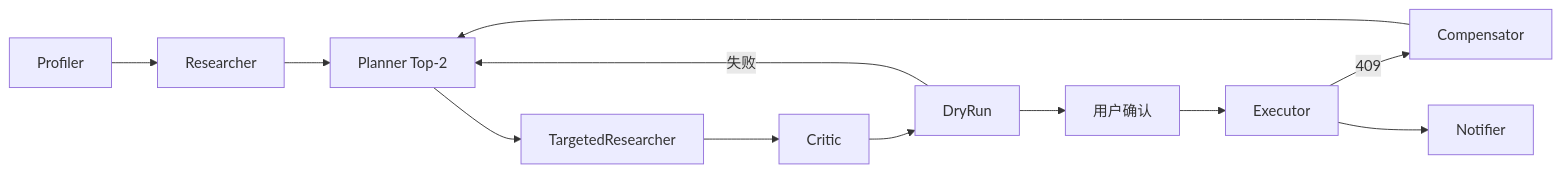
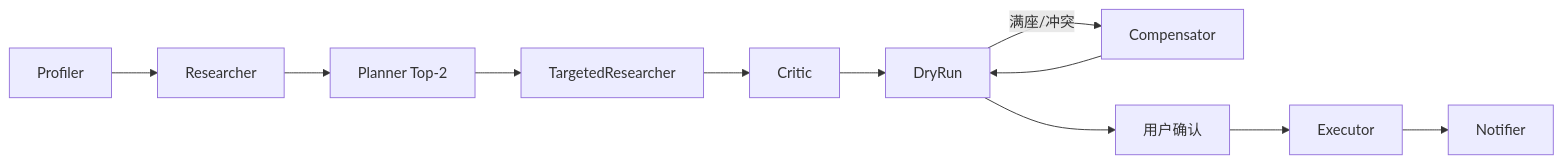
One commit to ForeverYangyoung/weekend-agent-final changed the diagram in 设计文档.md. Above: the diagram before and after it, drawn with Mermaid. The commit also changed other lines of this file and 48 other files, not shown here.

````diff
--- a/设计文档.md
+++ b/设计文档.md
@@ -16,14 +16,13 @@
 ```mermaid
 flowchart LR
   P[Profiler] --> R[Researcher]
   R --> PL[Planner Top-2]
   PL --> TR[TargetedResearcher]
   TR --> C[Critic]
   C --> DR[DryRun]
-  DR -->|失败| PL
+  DR -->|满座/冲突| CP[Compensator]
+  CP --> DR
   DR --> HIL[用户确认]
   HIL --> EX[Executor]
-  EX -->|409| CP[Compensator]
-  CP --> PL
   EX --> N[Notifier]
 ```
````
